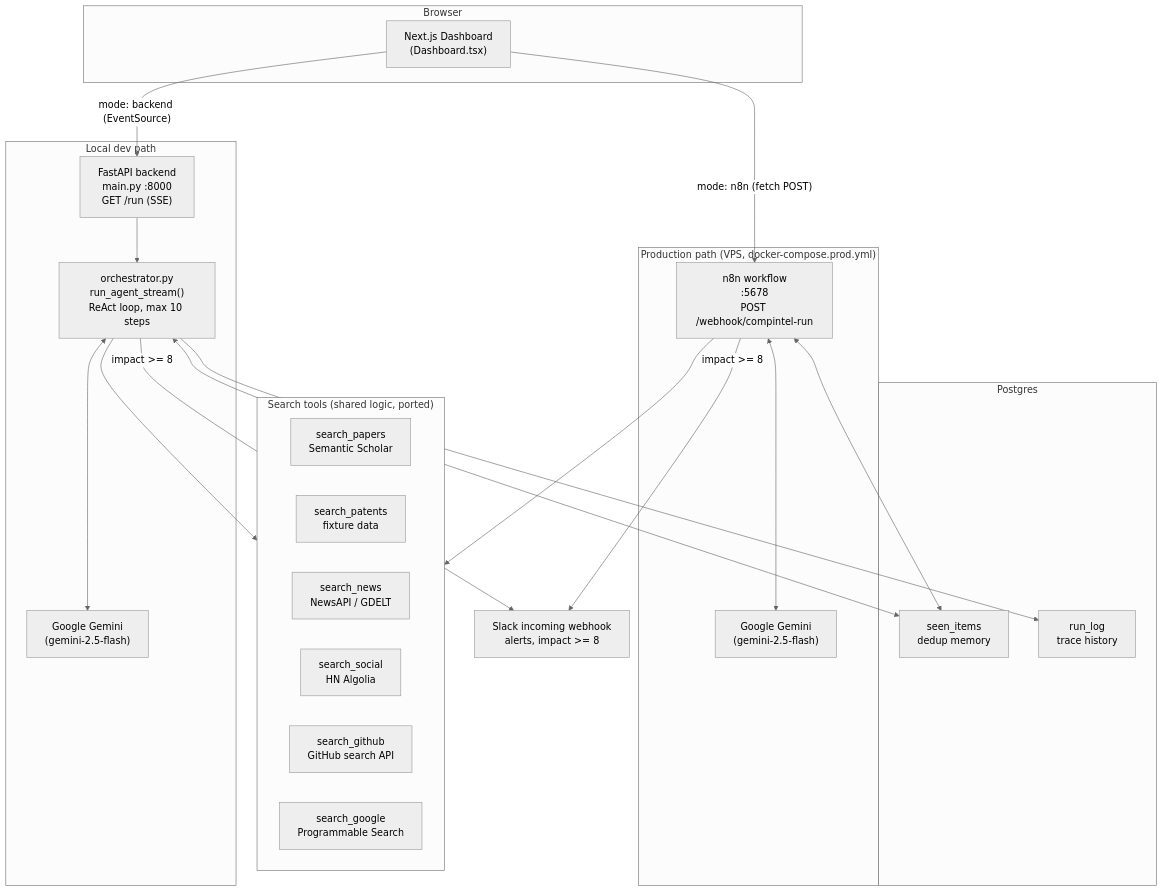
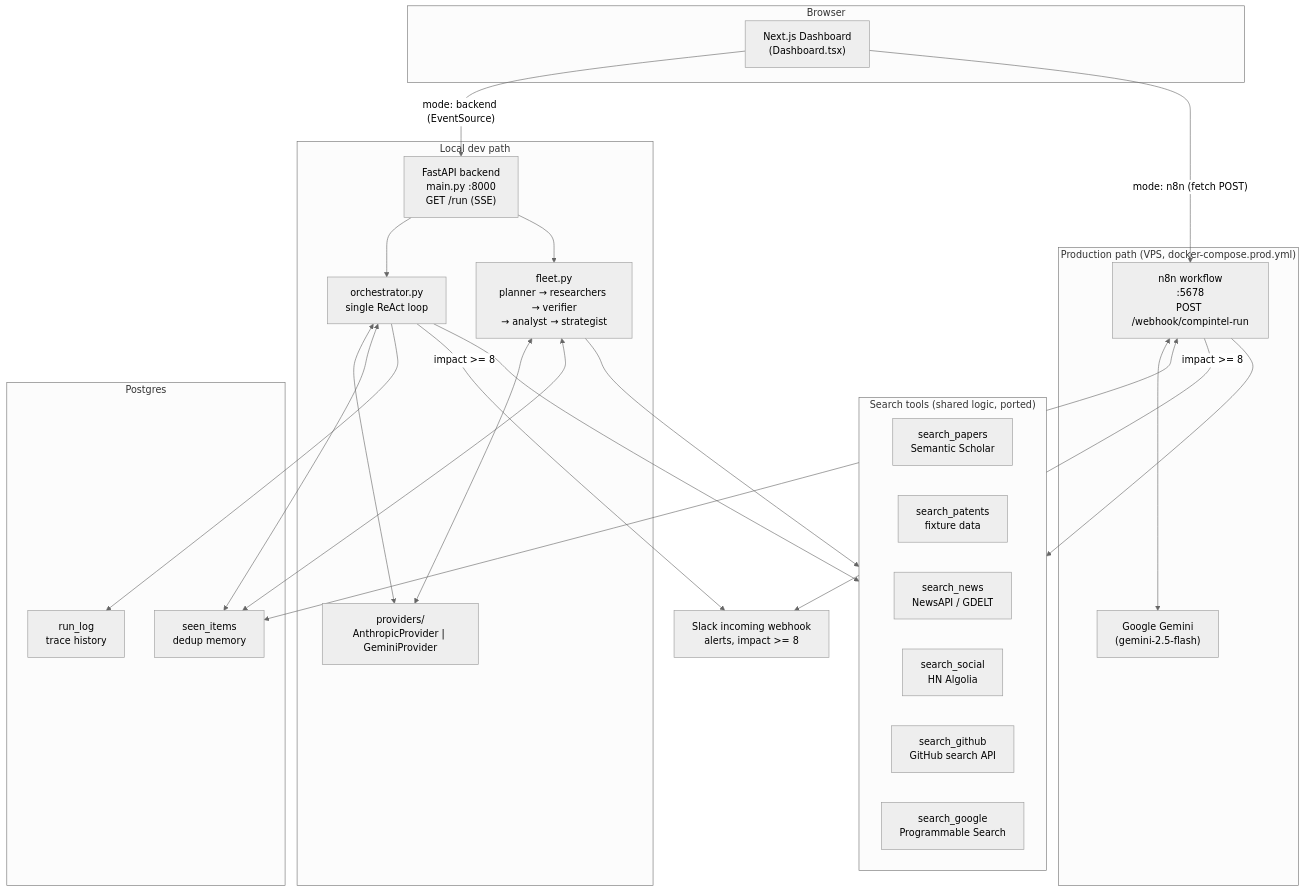
The first of 7 diagrams in docs/ARCHITECTURE.md (ByteNinjaSmit/Agentx), drawn with Mermaid (neutral theme) before and after one commit. The commit also changed other lines of this file and 35 other files, not shown here.

````diff
--- a/docs/ARCHITECTURE.md
+++ b/docs/ARCHITECTURE.md
@@ -23,49 +25,54 @@
 ```mermaid
 flowchart TB
     subgraph Client["Browser"]
         UI["Next.js Dashboard<br/>(Dashboard.tsx)"]
     end
 
     subgraph LocalDev["Local dev path"]
         API["FastAPI backend<br/>main.py :8000<br/>GET /run (SSE)"]
-        GeminiB["Google Gemini<br/>(gemini-2.5-flash)"]
-        Orchestrator["orchestrator.py<br/>run_agent_stream()<br/>ReAct loop, max 10 steps"]
+        Providers["providers/<br/>AnthropicProvider | GeminiProvider"]
+        Orchestrator["orchestrator.py<br/>single ReAct loop"]
+        FleetPy["fleet.py<br/>planner → researchers → verifier<br/>→ analyst → strategist"]
         API --> Orchestrator
-        Orchestrator <--> GeminiB
+        API --> FleetPy
+        Orchestrator <--> Providers
+        FleetPy <--> Providers
     end
 
     subgraph Prod["Production path (VPS, docker-compose.prod.yml)"]
         N8N["n8n workflow<br/>:5678<br/>POST /webhook/compintel-run"]
         Gemini["Google Gemini<br/>(gemini-2.5-flash)"]
         N8N <--> Gemini
     end
 
     subgraph Tools["Search tools (shared logic, ported)"]
         T1["search_papers<br/>Semantic Scholar"]
         T2["search_patents<br/>fixture data"]
         T3["search_news<br/>NewsAPI / GDELT"]
         T4["search_social<br/>HN Algolia"]
         T5["search_github<br/>GitHub search API"]
         T6["search_google<br/>Programmable Search"]
     end
 
     subgraph DB["Postgres"]
         Seen["seen_items<br/>dedup memory"]
         Runs["run_log<br/>trace history"]
     end
 
     Slack["Slack incoming webhook<br/>alerts, impact >= 8"]
 
     UI -- "mode: backend (EventSource)" --> API
     UI -- "mode: n8n (fetch POST)" --> N8N
 
     Orchestrator --> Tools
+    FleetPy --> Tools
     N8N --> Tools
 
     Orchestrator <--> Seen
+    FleetPy <--> Seen
     Orchestrator --> Runs
     N8N <--> Seen
 
     Orchestrator -- "impact >= 8" --> Slack
     N8N -- "impact >= 8" --> Slack
 ```
````
